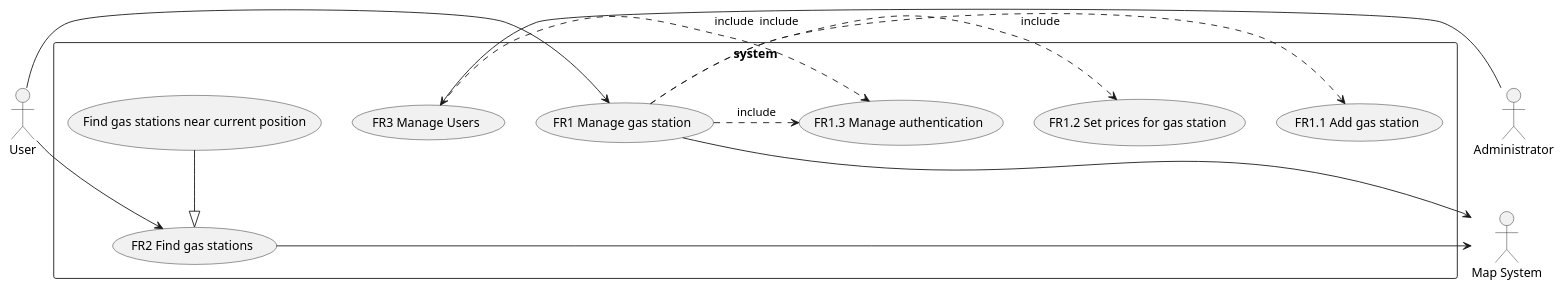
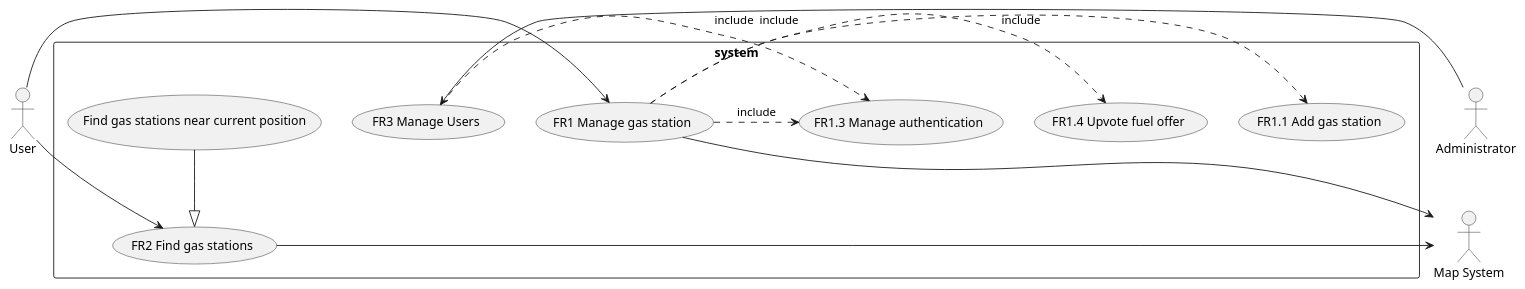
Before and after one commit to SoftengPoliTo/Lab2: the second of 3 diagrams in REQ_s269095.md, drawn with PlantUML. The commit also changed other lines of this file, not shown here.

````diff
--- a/REQ_s269095.md
+++ b/REQ_s269095.md
@@ -68,24 +68,25 @@
 ```plantuml
 actor User as U
 actor Administrator as A
 actor "Map System" as M
 rectangle system {
     usecase "FR1 Manage gas station" as FR1
     usecase "FR1.1 Add gas station" as FR11
-    usecase "FR1.2 Set prices for gas station" as FR12
+    usecase "FR1.2 Set fuel offer for gas station" as FR12
     usecase "FR1.3 Manage authentication" as FR13
+    usecase "FR1.4 Upvote fuel offer" as FR12
     usecase "FR2 Find gas stations" as FR2
     usecase "Find gas stations near current position" as FR22
     usecase "FR3 Manage Users" as FR3
 }
 U -> FR1
 U -> FR2
 A -> FR3
 FR1 -> M
 FR1 .> FR11 : include
 FR2 -> M
 FR1 .> FR12 : include
 FR1 .> FR13 : include
 FR3 .> FR13 : include
 FR22 --|> FR2
 ```
````
